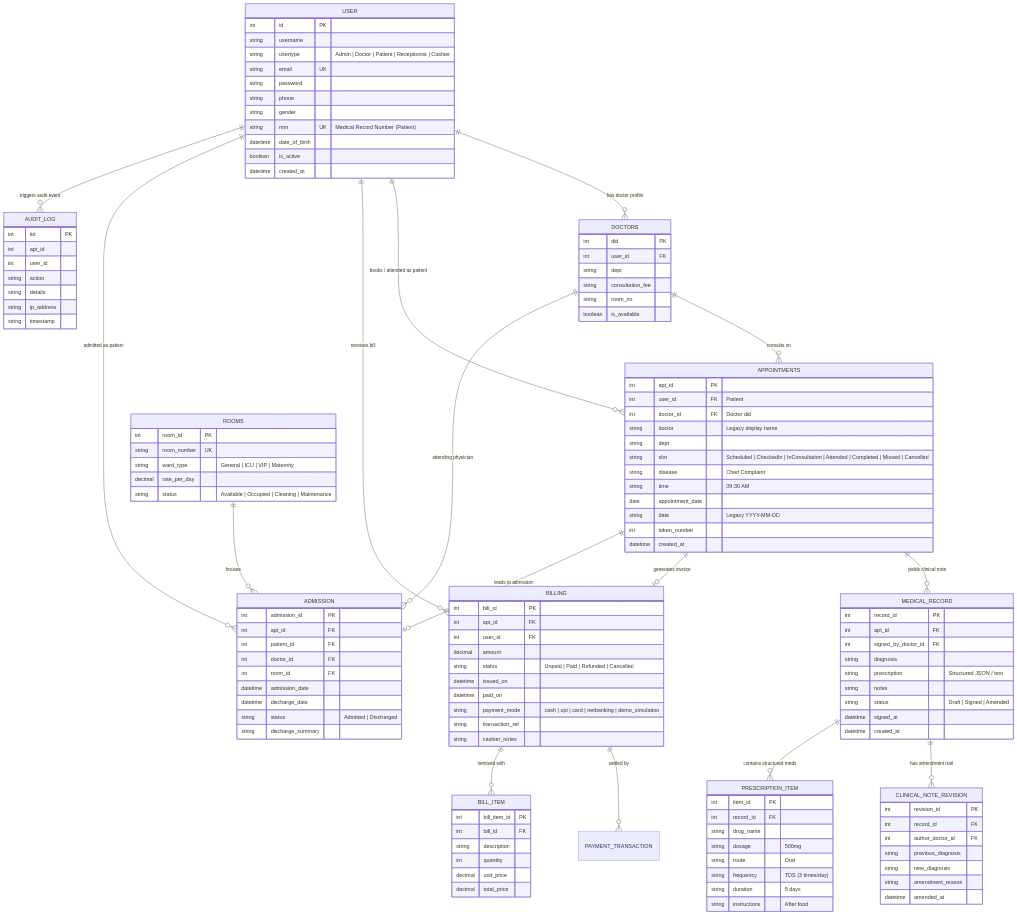
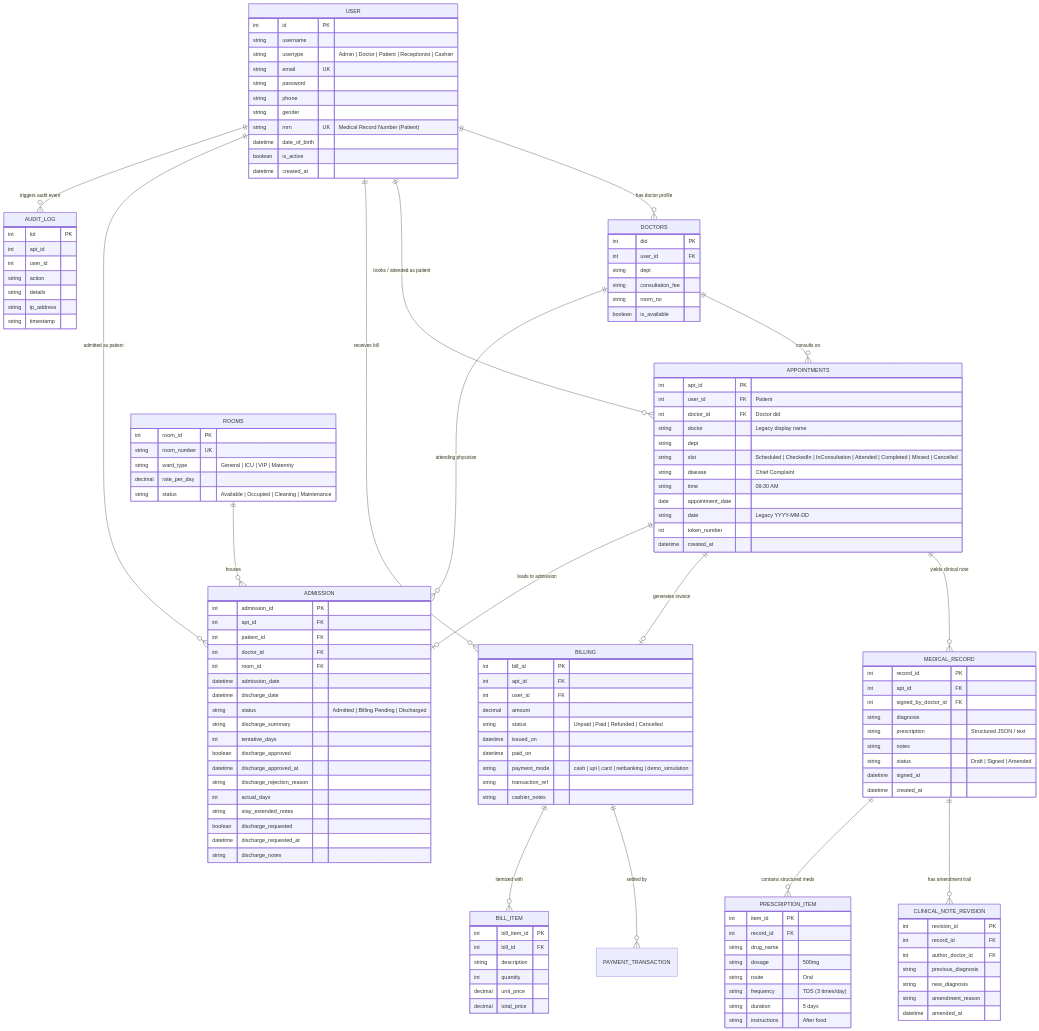
The diagram in docs/architecture/ERD.md (Mayur-cw/hospital-system-updated), drawn with Mermaid before and after one commit. The commit also changed 17 other files, not shown here.

```diff
--- a/docs/architecture/ERD.md
+++ b/docs/architecture/ERD.md
@@ -116,8 +116,17 @@
         int room_id FK
         datetime admission_date
         datetime discharge_date
-        string status "Admitted | Discharged"
+        string status "Admitted | Billing Pending | Discharged"
         string discharge_summary
+        int tentative_days
+        boolean discharge_approved
+        datetime discharge_approved_at
+        string discharge_rejection_reason
+        int actual_days
+        string stay_extended_notes
+        boolean discharge_requested
+        datetime discharge_requested_at
+        string discharge_notes
     }
 
     BILLING {
```
